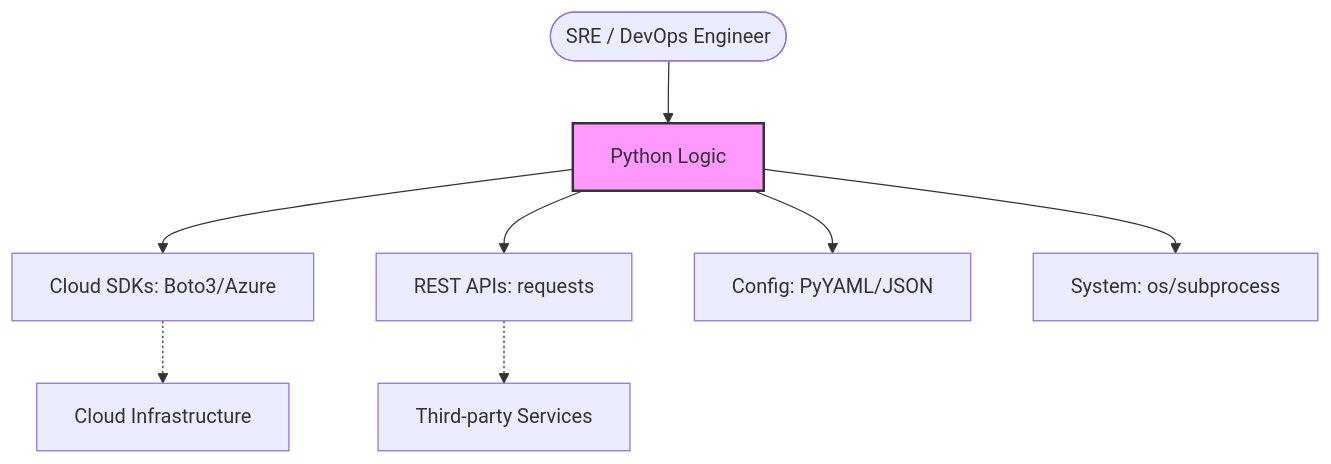
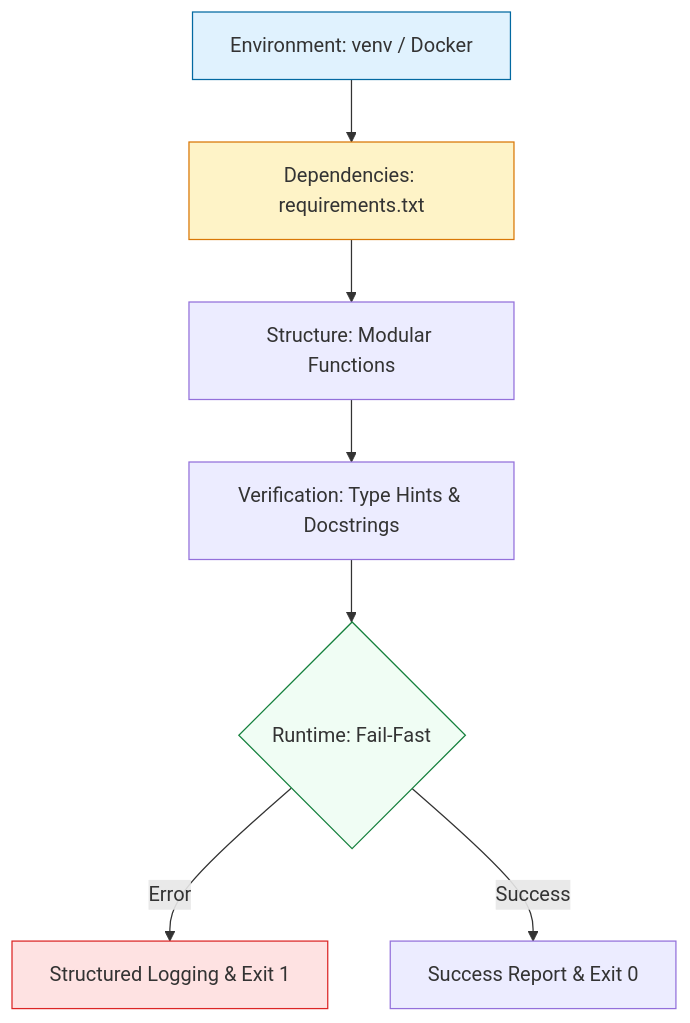
The diagram in 2-Intermediate/02-Phase-2/01-Infrastructure-Automation/01-Scripting-Automation/03-Python-for-DevOps/01-Python-Environment-and-Basics/README.md (Ganil151/Devops), drawn with Mermaid before and after one commit. The commit also changed other lines of this file and 281 other files, not shown here.

````diff
--- a/2-Intermediate/02-Phase-2/01-Infrastructure-Automation/01-Scripting-Automation/03-Python-for-DevOps/01-Python-Environment-and-Basics/README.md
+++ b/2-Intermediate/02-Phase-2/01-Infrastructure-Automation/01-Scripting-Automation/03-Python-for-DevOps/01-Python-Environment-and-Basics/README.md
@@ -15,12 +13,14 @@
 ```mermaid
 graph TD
-    User([SRE / DevOps Engineer]) --> Logic[Python Logic]
-    Logic --> Cloud[Cloud SDKs: Boto3/Azure]
-    Logic --> APIs[REST APIs: requests]
-    Logic --> Config[Config: PyYAML/JSON]
-    Logic --> OS[System: os/subprocess]
-
-    Cloud -.-> Infra[Cloud Infrastructure]
-    APIs -.-> Services[Third-party Services]
-    style Logic fill:#f9f,stroke:#333,stroke-width:2px
+    A[Environment: venv / Docker] --> B[Dependencies: requirements.txt]
+    B --> C[Structure: Modular Functions]
+    C --> D[Verification: Type Hints & Docstrings]
+    D --> E{Runtime: Fail-Fast}
+    E -- Error --> F[Structured Logging & Exit 1]
+    E -- Success --> G[Success Report & Exit 0]
+    
+    style A fill:#e0f2fe,stroke:#0369a1
+    style B fill:#fef3c7,stroke:#d97706
+    style E fill:#f0fdf4,stroke:#15803d
+    style F fill:#fee2e2,stroke:#dc2626
 ```
````
